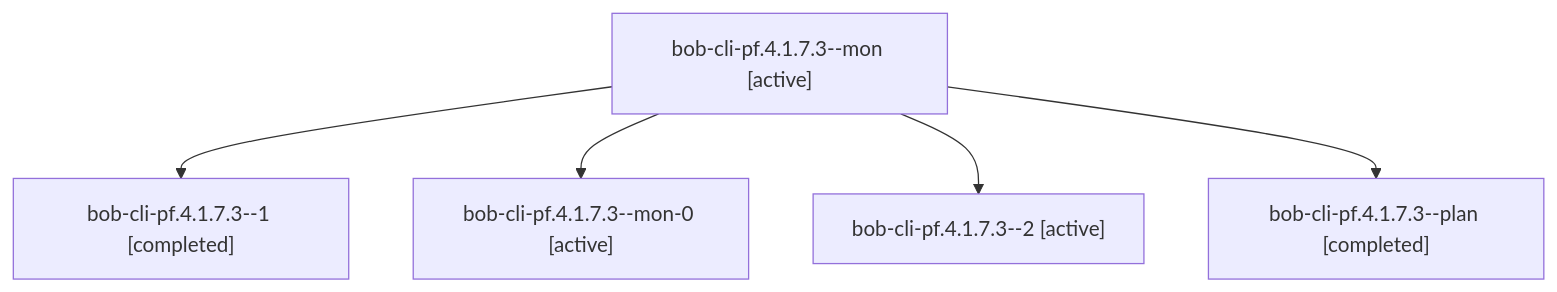
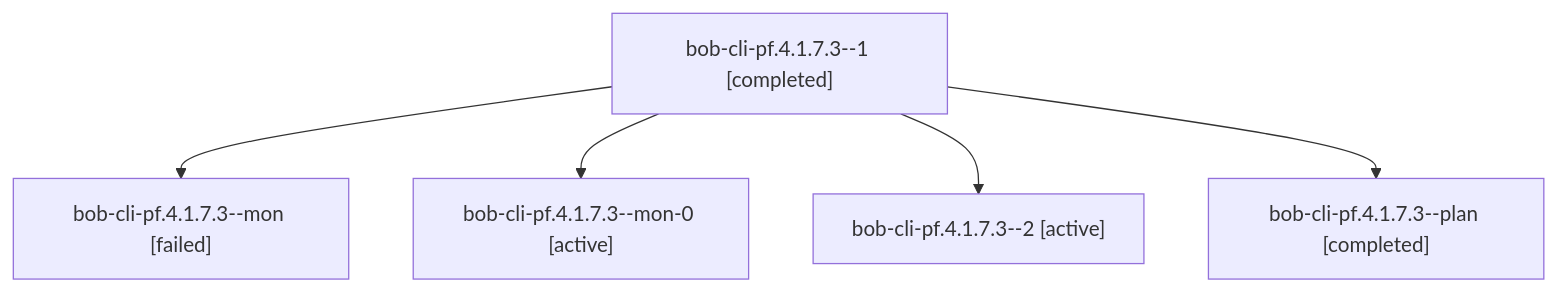
One commit to bobs-org/bob-cli--agents changed the diagram in sessions/bbugyi200.apollo.bob-cli-pf.4.1.7.3.md. Above: the diagram before and after it, drawn with Mermaid. The commit also changed other lines of this file and 102 other files, not shown here.

````diff
--- a/sessions/bbugyi200.apollo.bob-cli-pf.4.1.7.3.md
+++ b/sessions/bbugyi200.apollo.bob-cli-pf.4.1.7.3.md
@@ -9,12 +9,12 @@
 ```mermaid
 flowchart TD
-  n0["bob-cli-pf.4.1.7.3--mon [active]"]
-  n1["bob-cli-pf.4.1.7.3--1 [completed]"]
+  n0["bob-cli-pf.4.1.7.3--1 [completed]"]
+  n1["bob-cli-pf.4.1.7.3--mon [failed]"]
   n0 --> n1
   n2["bob-cli-pf.4.1.7.3--mon-0 [active]"]
   n0 --> n2
   n3["bob-cli-pf.4.1.7.3--2 [active]"]
   n0 --> n3
   n4["bob-cli-pf.4.1.7.3--plan [completed]"]
   n0 --> n4
 ```
````
